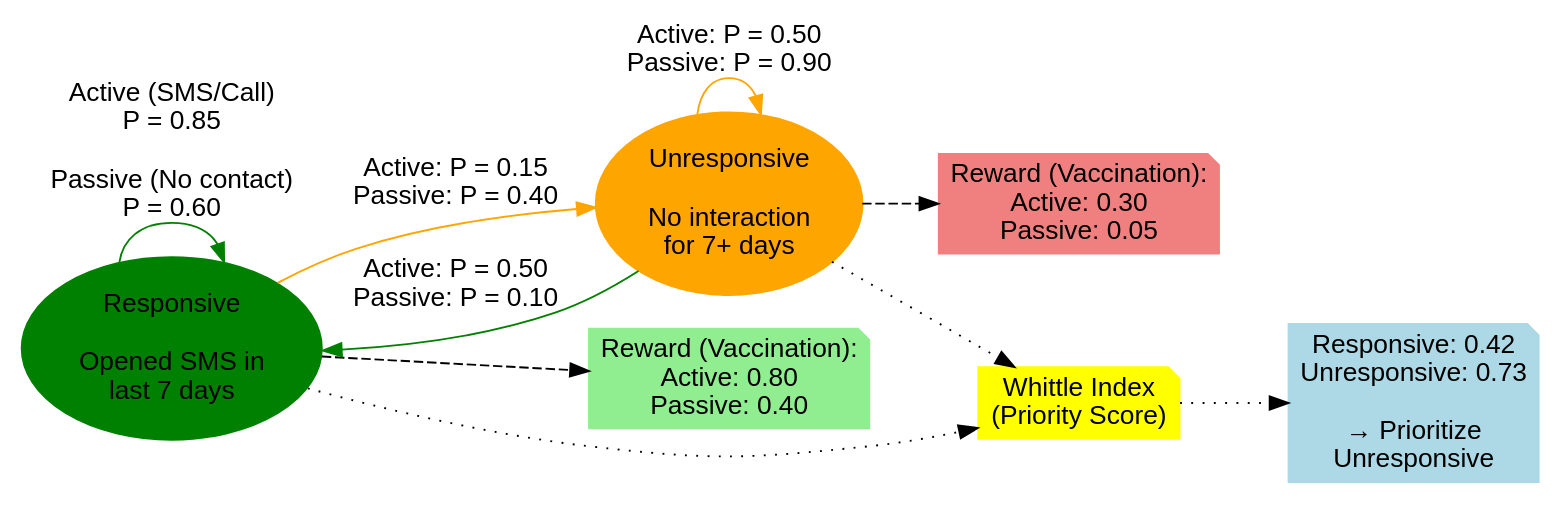
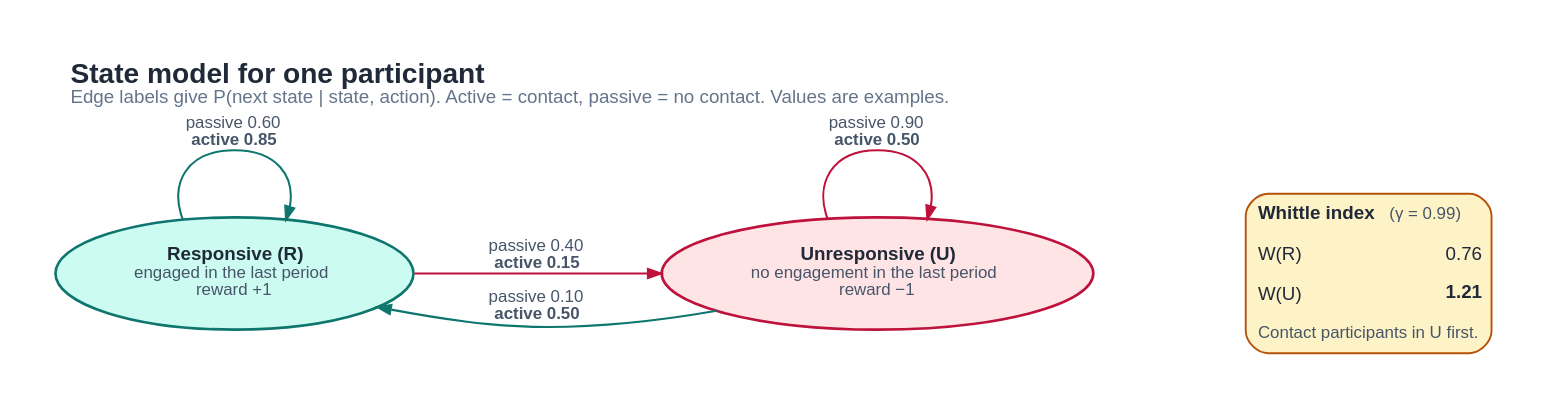
The diagram in docs/diagrams/state-model.dot (bhi5hmaraj/bandicoot), drawn with Graphviz before and after one commit. The commit also changed 20 other files, not shown here.

First line of the commit message:
Redesign diagrams and make README cause-neutral (checkpoint)

```diff
--- a/docs/diagrams/state-model.dot
+++ b/docs/diagrams/state-model.dot
@@ -1,31 +1,34 @@
+// The 2-state MDP for one participant, with example transition probabilities.
+// The Whittle index values come from bandicoot.core.whittle.compute_whittle_index
+// for these example probabilities with gamma = 0.99.
+// Render: dot -Tsvg state-model.dot -o state-model.svg
 digraph StateModel {
-    rankdir=LR;
-    node [shape=ellipse, fontname="Arial"];
-    edge [fontname="Arial"];
+    graph [rankdir=LR, bgcolor="#ffffff", pad="0.3", nodesep="0.5", ranksep="1.1",
+           labelloc=t, labeljust=l,
+           fontname="Helvetica,Arial,sans-serif", fontsize=10, fontcolor="#1f2937"];
+    node  [shape=ellipse, style=filled, penwidth=1.4, margin="0.2,0.1",
+           fontname="Helvetica,Arial,sans-serif", fontsize=10, fontcolor="#1f2937"];
+    edge  [color="#64748b", penwidth=1.1, arrowsize=0.7,
+           fontname="Helvetica,Arial,sans-serif", fontsize=9, fontcolor="#475569"];
 
-    // States
-    responsive [label="Responsive\n\nOpened SMS in\nlast 7 days", color=green, style=filled];
-    unresponsive [label="Unresponsive\n\nNo interaction\nfor 7+ days", color=orange, style=filled];
+    R [label=<<b>Responsive (R)</b><br/><font point-size="9" color="#475569">engaged in the last period</font><br/><font point-size="9" color="#475569">reward +1</font>>,
+       fillcolor="#ccfbf1", color="#0f766e"];
+    U [label=<<b>Unresponsive (U)</b><br/><font point-size="9" color="#475569">no engagement in the last period</font><br/><font point-size="9" color="#475569">reward −1</font>>,
+       fillcolor="#ffe4e6", color="#be123c"];
 
-    // Transitions with actions
-    responsive -> responsive [label="Active (SMS/Call)\nP = 0.85\n\nPassive (No contact)\nP = 0.60", color=green];
-    responsive -> unresponsive [label="Active: P = 0.15\nPassive: P = 0.40", color=orange];
+    R -> R [label=<passive 0.60<br/><b>active 0.85</b>>, color="#0f766e"];
+    R -> U [label=<passive 0.40<br/><b>active 0.15</b>>, color="#be123c"];
+    U -> R [label=<passive 0.10<br/><b>active 0.50</b>>, color="#0f766e"];
+    U -> U [label=<passive 0.90<br/><b>active 0.50</b>>, color="#be123c"];
 
-    unresponsive -> responsive [label="Active: P = 0.50\nPassive: P = 0.10", color=green];
-    unresponsive -> unresponsive [label="Active: P = 0.50\nPassive: P = 0.90", color=orange];
+    index [shape=plain, style="", label=<
+        <table border="1" cellborder="0" cellspacing="0" cellpadding="5" color="#b45309" bgcolor="#fef3c7" style="rounded">
+          <tr><td align="left" colspan="2"><b>Whittle index</b>  <font point-size="9" color="#475569">(γ = 0.99)</font></td></tr>
+          <tr><td align="left">W(R)</td><td align="right">0.76</td></tr>
+          <tr><td align="left">W(U)</td><td align="right"><b>1.21</b></td></tr>
+          <tr><td align="left" colspan="2"><font point-size="9" color="#475569">Contact participants in U first.</font></td></tr>
+        </table>>];
+    U -> index [style=invis];
 
-    // Rewards
-    reward_r_active [label="Reward (Vaccination):\nActive: 0.80\nPassive: 0.40", shape=note, color=lightgreen, style=filled];
-    reward_u_active [label="Reward (Vaccination):\nActive: 0.30\nPassive: 0.05", shape=note, color=lightcoral, style=filled];
-
-    responsive -> reward_r_active [style=dashed];
-    unresponsive -> reward_u_active [style=dashed];
-
-    // Whittle Indices
-    index [label="Whittle Index\n(Priority Score)", shape=note, color=yellow, style=filled];
-    index_values [label="Responsive: 0.42\nUnresponsive: 0.73\n\n→ Prioritize\nUnresponsive", shape=note, color=lightblue, style=filled];
-
-    responsive -> index [style=dotted];
-    unresponsive -> index [style=dotted];
-    index -> index_values [style=dotted];
+    label=<<font point-size="15"><b>State model for one participant</b></font><br align="left"/><font point-size="10" color="#64748b">Edge labels give P(next state | state, action). Active = contact, passive = no contact. Values are examples.</font><br align="left"/>>;
 }
```
